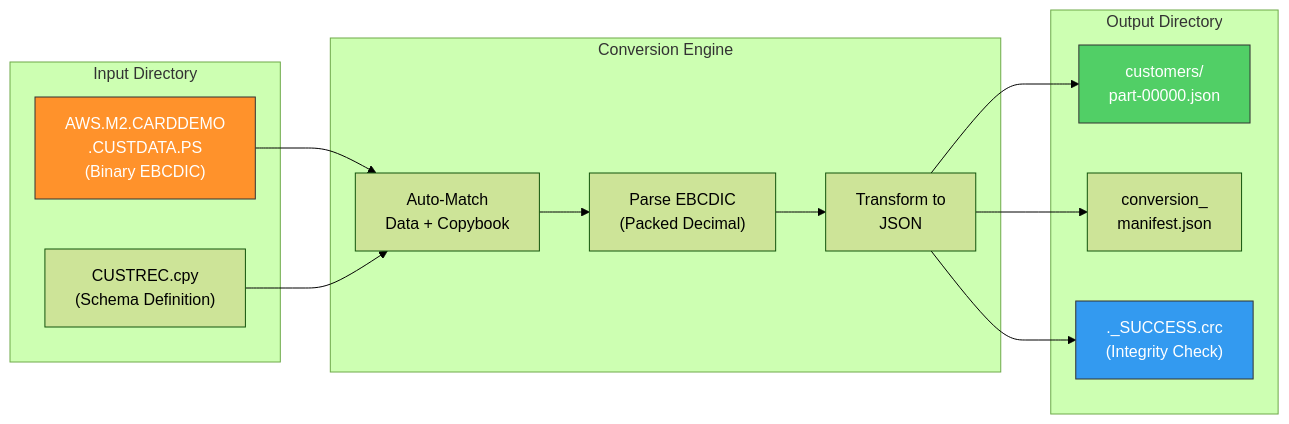
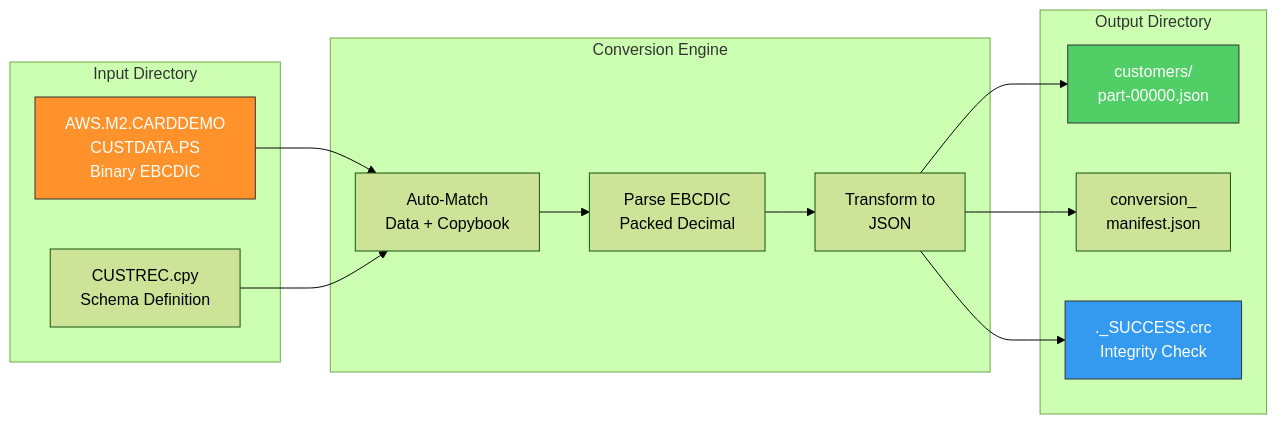
The third of 12 diagrams in docs/executive-presentation.md (maddinenisri/mainframe-data-migration), drawn with Mermaid (forest theme) before and after one commit. The commit also changed other lines of this file and 1 other file, not shown here.

````diff
--- a/docs/executive-presentation.md
+++ b/docs/executive-presentation.md
@@ -139,31 +139,31 @@
 ```mermaid
 flowchart LR
     subgraph Input["Input Directory"]
-        DATA["AWS.M2.CARDDEMO<br/>.CUSTDATA.PS<br/>(Binary EBCDIC)"]
-        COPY["CUSTREC.cpy<br/>(Schema Definition)"]
+        DATA["AWS.M2.CARDDEMO<br/>CUSTDATA.PS<br/>Binary EBCDIC"]
+        COPY["CUSTREC.cpy<br/>Schema Definition"]
     end
 
     subgraph Engine["Conversion Engine"]
         MATCH["Auto-Match<br/>Data + Copybook"]
-        PARSE["Parse EBCDIC<br/>(Packed Decimal)"]
+        PARSE["Parse EBCDIC<br/>Packed Decimal"]
         TRANSFORM["Transform to<br/>JSON"]
     end
 
     subgraph Output["Output Directory"]
         JSON["customers/<br/>part-00000.json"]
         MANIFEST["conversion_<br/>manifest.json"]
-        SUCCESS["._SUCCESS.crc<br/>(Integrity Check)"]
+        SUCCESS["._SUCCESS.crc<br/>Integrity Check"]
     end
 
     DATA --> MATCH
     COPY --> MATCH
     MATCH --> PARSE
     PARSE --> TRANSFORM
     TRANSFORM --> JSON
     TRANSFORM --> MANIFEST
     TRANSFORM --> SUCCESS
 
     style DATA fill:#ff922b,stroke:#333,color:#fff
     style JSON fill:#51cf66,stroke:#333,color:#fff
     style SUCCESS fill:#339af0,stroke:#333,color:#fff
 ```
````
